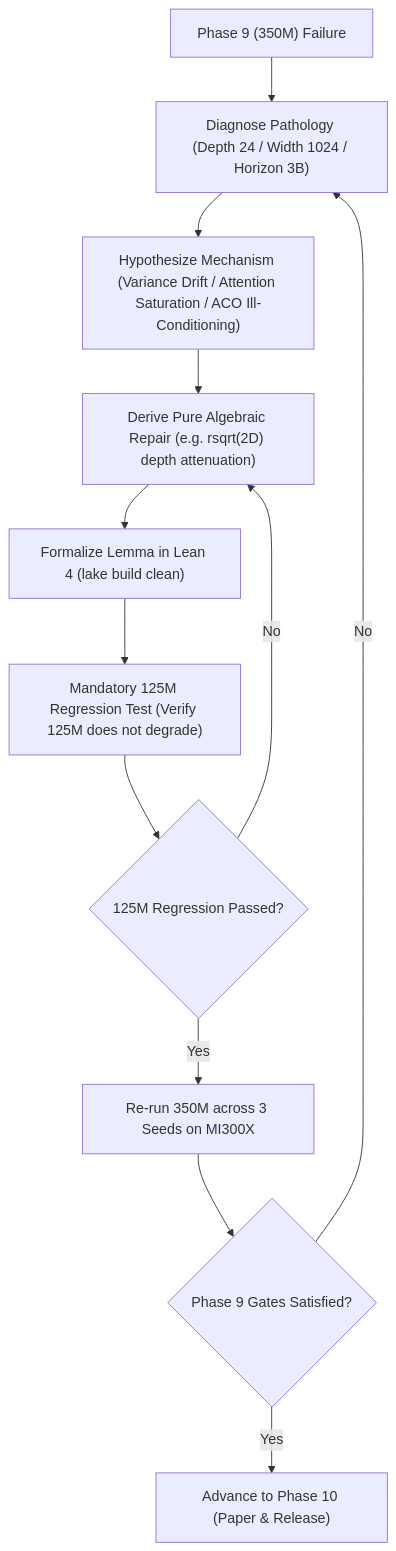
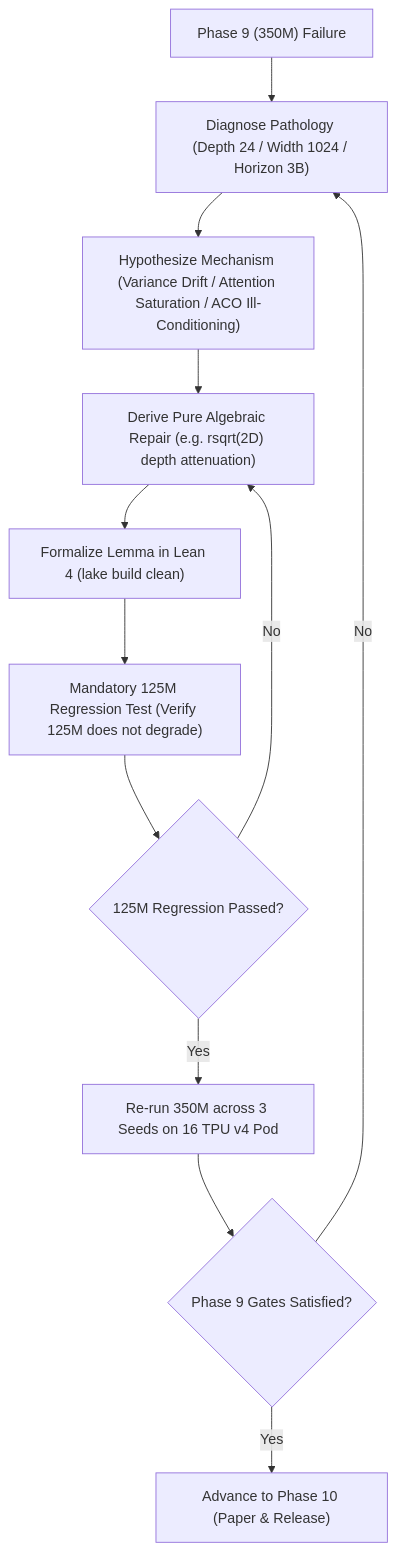
Before and after one commit to tasmaikeni13/algebraic-intelligence: the second of 2 diagrams in phases/phase9.md, drawn with Mermaid. The commit also changed other lines of this file and 12 other files, not shown here.

Commit message:
refactor(phases): adapt protocols for bidirectional dependency cascading and migrate hardware substrate to 16 TPU v4 Pod

````diff
--- a/phases/phase9.md
+++ b/phases/phase9.md
@@ -93,14 +104,14 @@
 ```mermaid
 graph TD
     A["Phase 9 (350M) Failure"] --> B["Diagnose Pathology (Depth 24 / Width 1024 / Horizon 3B)"]
     B --> C["Hypothesize Mechanism (Variance Drift / Attention Saturation / ACO Ill-Conditioning)"]
     C --> D["Derive Pure Algebraic Repair (e.g. rsqrt(2D) depth attenuation)"]
     D --> E["Formalize Lemma in Lean 4 (lake build clean)"]
     E --> F["Mandatory 125M Regression Test (Verify 125M does not degrade)"]
     F --> G{"125M Regression Passed?"}
     G -- "No" --> D
-    G -- "Yes" --> H["Re-run 350M across 3 Seeds on MI300X"]
+    G -- "Yes" --> H["Re-run 350M across 3 Seeds on 16 TPU v4 Pod"]
     H --> I{"Phase 9 Gates Satisfied?"}
     I -- "No" --> B
     I -- "Yes" --> J["Advance to Phase 10 (Paper & Release)"]
 ```
````
